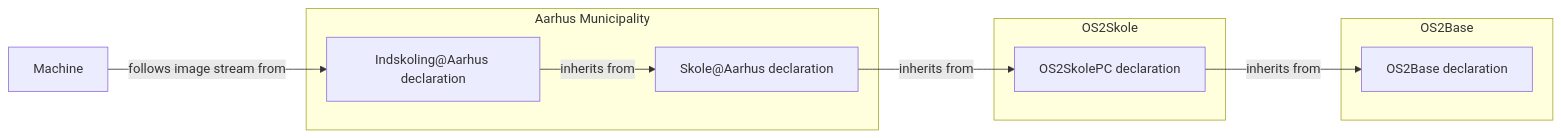
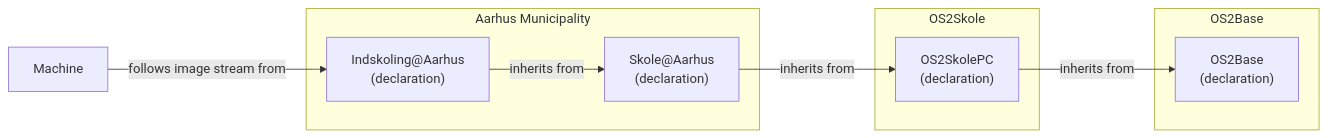
One commit to 0xf1e/os2fri-dokumentation changed the third of 9 diagrams in presentation/slides.md. Above: the diagram before and after it, drawn with Mermaid. The commit also changed other lines of this file, not shown here.

```diff
--- a/presentation/slides.md
+++ b/presentation/slides.md
@@ -77,18 +99,18 @@
 <div class="mermaid">
 flowchart LR
     Machine["Machine"]
     subgraph ownerOS2Base ["OS2Base"]
-        OS2BaseDecl["OS2Base declaration"]
+        OS2BaseDecl["OS2Base\n(declaration)"]
     end
     subgraph ownerOS2Skole ["OS2Skole"]
-        OS2SkolePcDecl["OS2SkolePC declaration"]
+        OS2SkolePcDecl["OS2SkolePC\n(declaration)"]
     end
     subgraph ownerAarhus ["Aarhus Municipality"]
-        SkoleAtAarhusDecl["Skole@Aarhus declaration"]
-        IndskolingAtAarhusDecl["Indskoling@Aarhus declaration"]
+        SkoleAtAarhusDecl["Skole@Aarhus\n(declaration)"]
+        IndskolingAtAarhusDecl["Indskoling@Aarhus\n(declaration)"]
     end
     Machine -->|follows image stream from| IndskolingAtAarhusDecl
     IndskolingAtAarhusDecl -->|inherits from| SkoleAtAarhusDecl
     SkoleAtAarhusDecl -->|inherits from| OS2SkolePcDecl
     OS2SkolePcDecl -->|inherits from| OS2BaseDecl
 </div>
```
